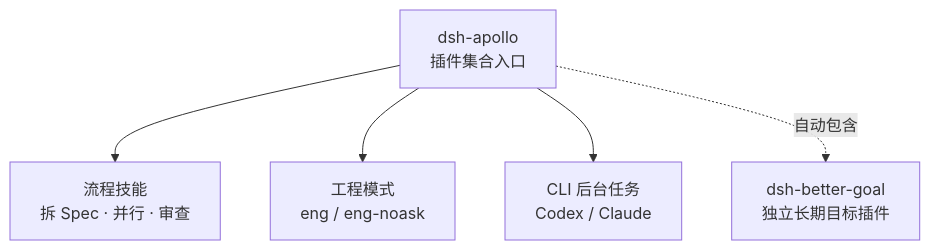
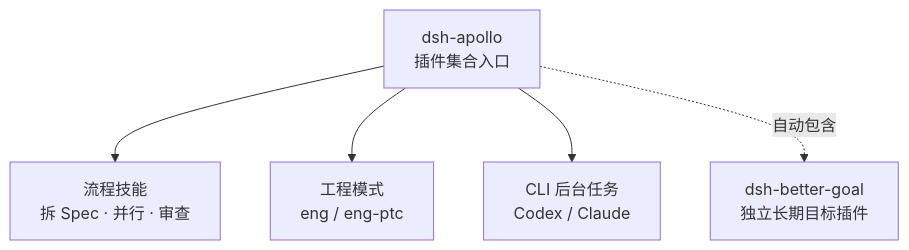
One commit to Menghuan1918/dsh-apollo changed the first of 3 diagrams in README.md. Above: the diagram before and after it, drawn with Mermaid. The commit also changed other lines of this file and 42 other files, not shown here.

````diff
--- a/README.md
+++ b/README.md
@@ -31,8 +31,8 @@
 ```mermaid
 flowchart TB
     A["dsh-apollo<br/>插件集合入口"]
     A --> S["流程技能<br/>拆 Spec · 并行 · 审查"]
-    A --> E["工程模式<br/>eng / eng-noask"]
+    A --> E["工程模式<br/>eng / eng-ptc"]
     A --> C["CLI 后台任务<br/>Codex / Claude"]
     A -. 自动包含 .-> G["dsh-better-goal<br/>独立长期目标插件"]
 ```
````
